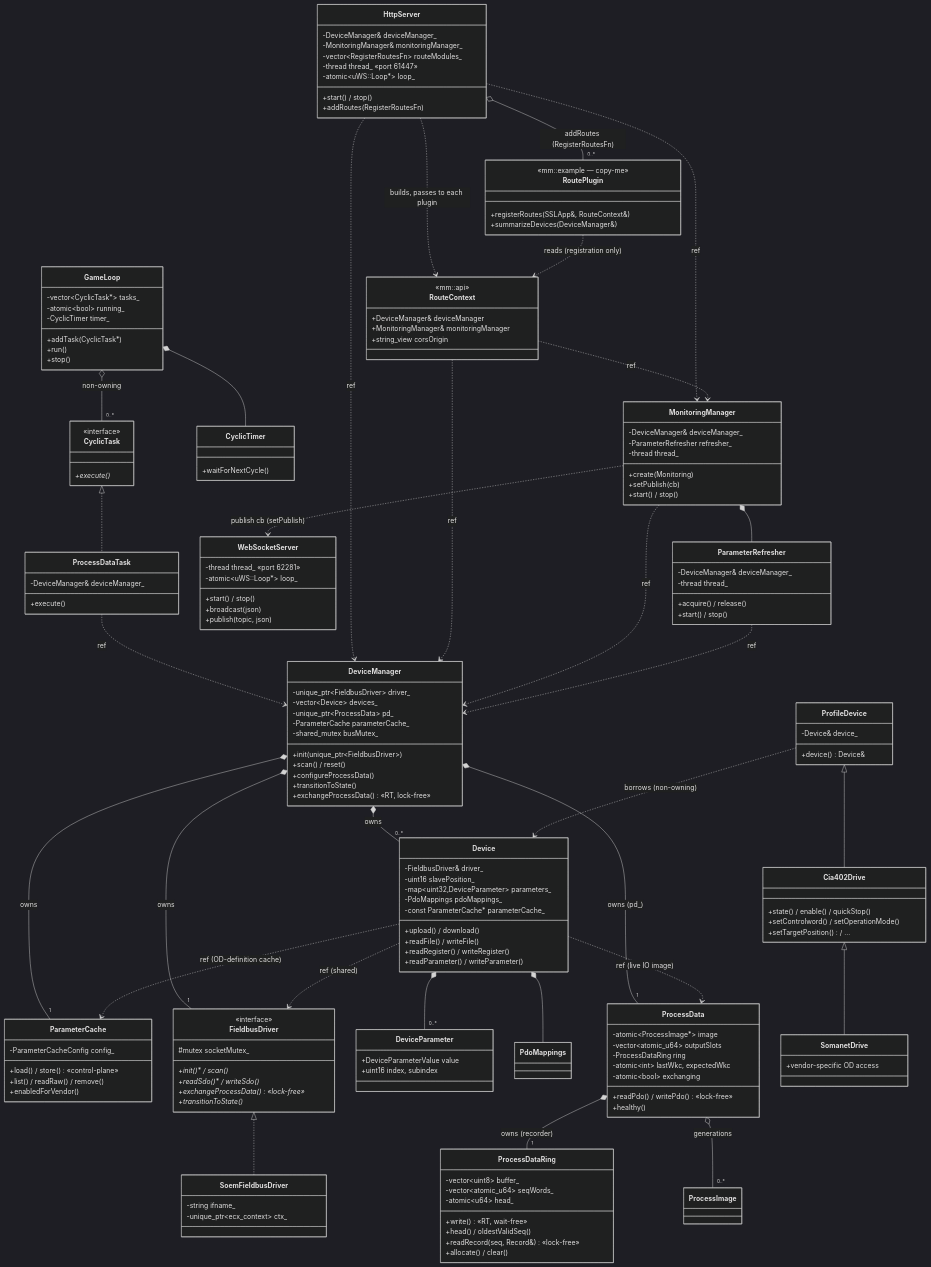
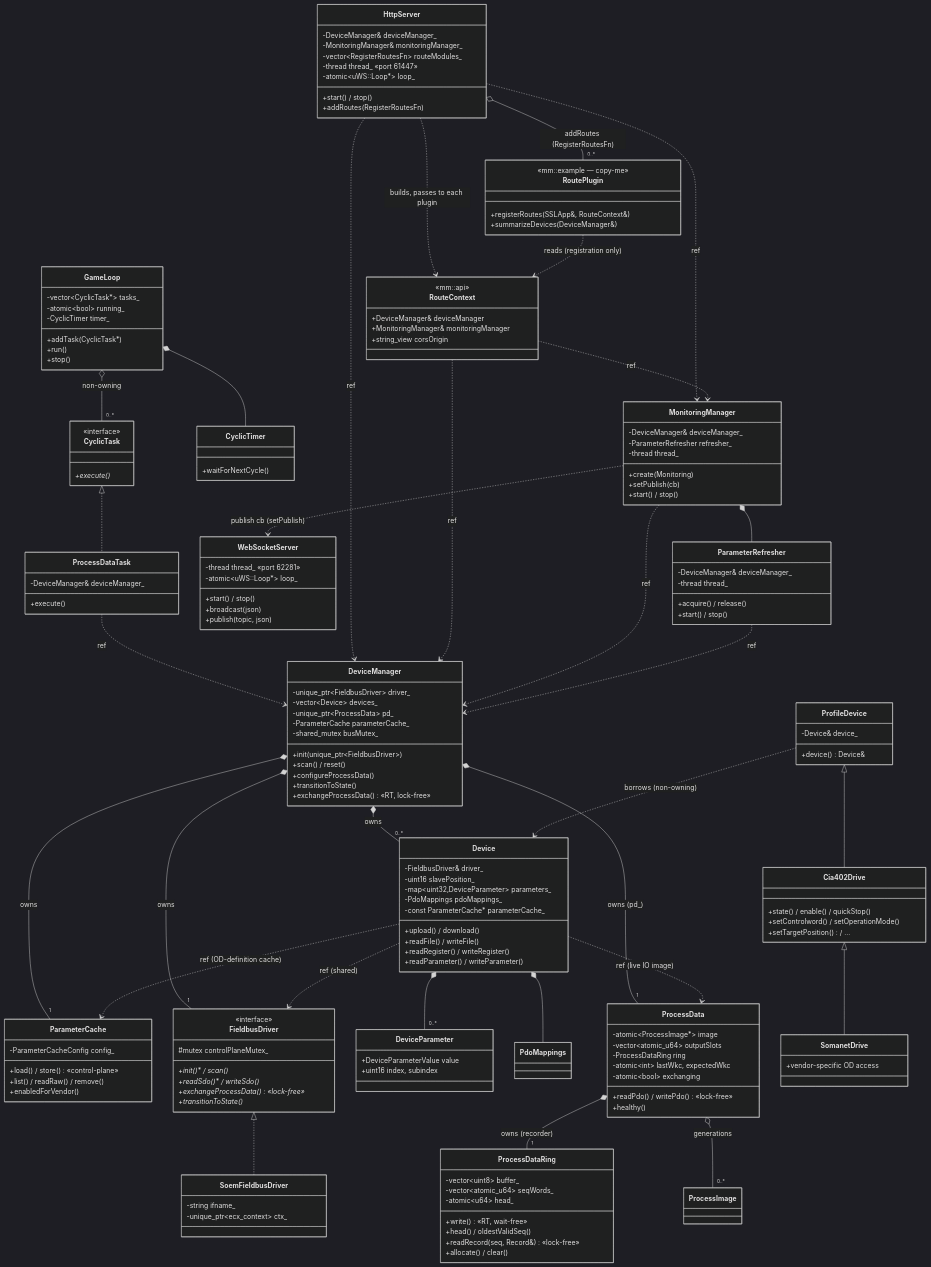
One commit to synapticon/motion-master changed the diagram in docs/CLASS_DIAGRAM.md. Above: the diagram before and after it, drawn with Mermaid (dark theme). The commit also changed other lines of this file and 7 other files, not shown here.

First line of the commit message:
refactor(comm): rename socketMutex_ to controlPlaneMutex_

```diff
--- a/docs/CLASS_DIAGRAM.md
+++ b/docs/CLASS_DIAGRAM.md
@@ -107,7 +107,7 @@
         +readSdo()* / writeSdo()*
         +exchangeProcessData()* «lock-free»
         +transitionToState()*
-        #mutex socketMutex_
+        #mutex controlPlaneMutex_
     }
     class SoemFieldbusDriver {
         -string ifname_
```
